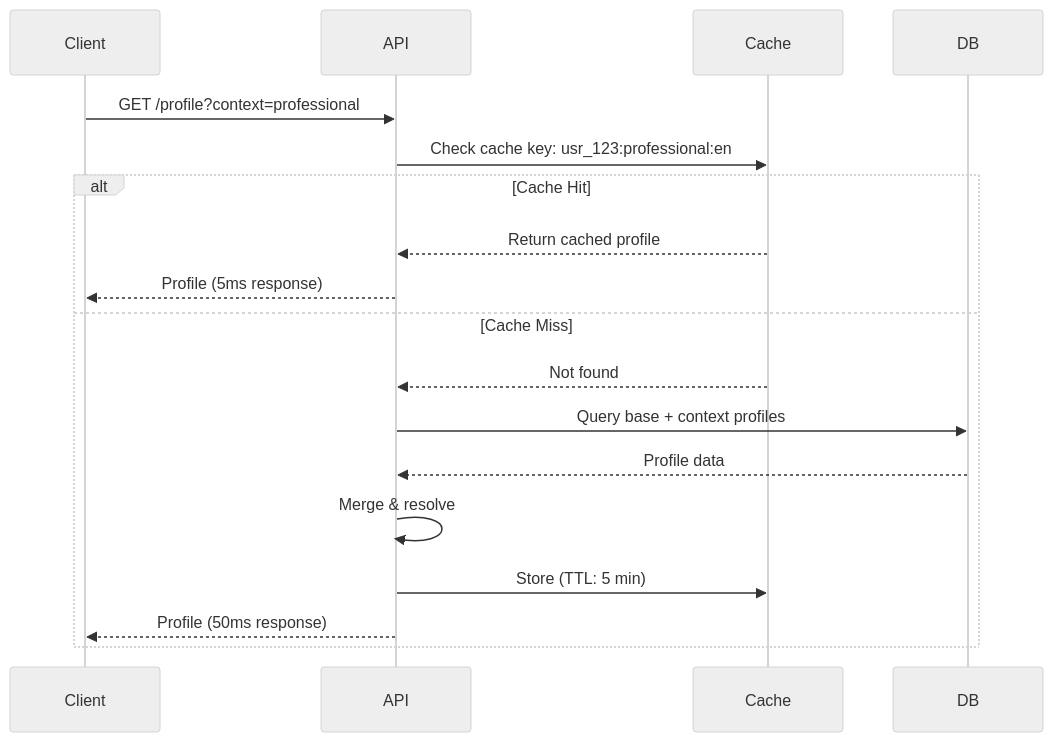
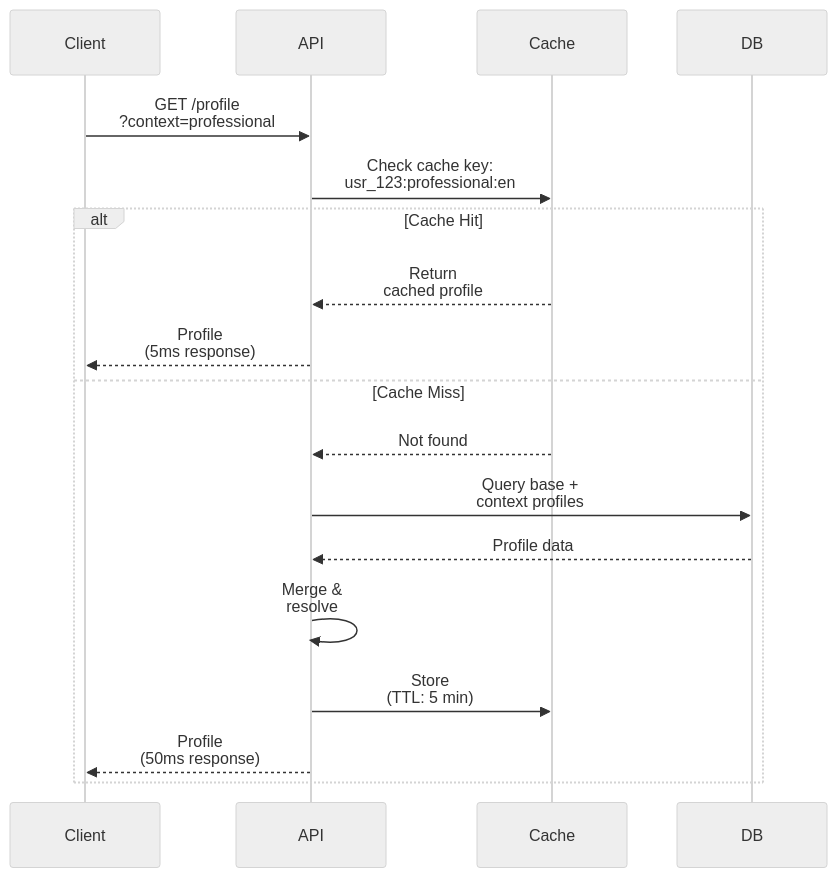
Before and after one commit to mastrolinux/final-project: the fourth of 4 diagrams in architecture/context-resolution.qmd, drawn with Mermaid (neutral theme). The commit also changed other lines of this file and 6 other files, not shown here.

Commit message:
Refactor identity management documentation to improve clarity and structure. Fixed graphs.

````diff
--- a/architecture/context-resolution.qmd
+++ b/architecture/context-resolution.qmd
@@ -598,22 +598,22 @@
-```mermaid
+```{mermaid}
 sequenceDiagram
     participant Client
     participant API
     participant Cache
     participant DB
     
-    Client->>API: GET /profile?context=professional
-    API->>Cache: Check cache key: usr_123:professional:en
+    Client->>API: GET /profile<br/>?context=professional
+    API->>Cache: Check cache key:<br/>usr_123:professional:en
     
     alt Cache Hit
-        Cache-->>API: Return cached profile
-        API-->>Client: Profile (5ms response)
+        Cache-->>API: Return<br/>cached profile
+        API-->>Client: Profile<br/>(5ms response)
     else Cache Miss
         Cache-->>API: Not found
-        API->>DB: Query base + context profiles
+        API->>DB: Query base +<br/>context profiles
         DB-->>API: Profile data
-        API->>API: Merge & resolve
-        API->>Cache: Store (TTL: 5 min)
-        API-->>Client: Profile (50ms response)
+        API->>API: Merge &<br/>resolve
+        API->>Cache: Store<br/>(TTL: 5 min)
+        API-->>Client: Profile<br/>(50ms response)
     end
 ```
````
